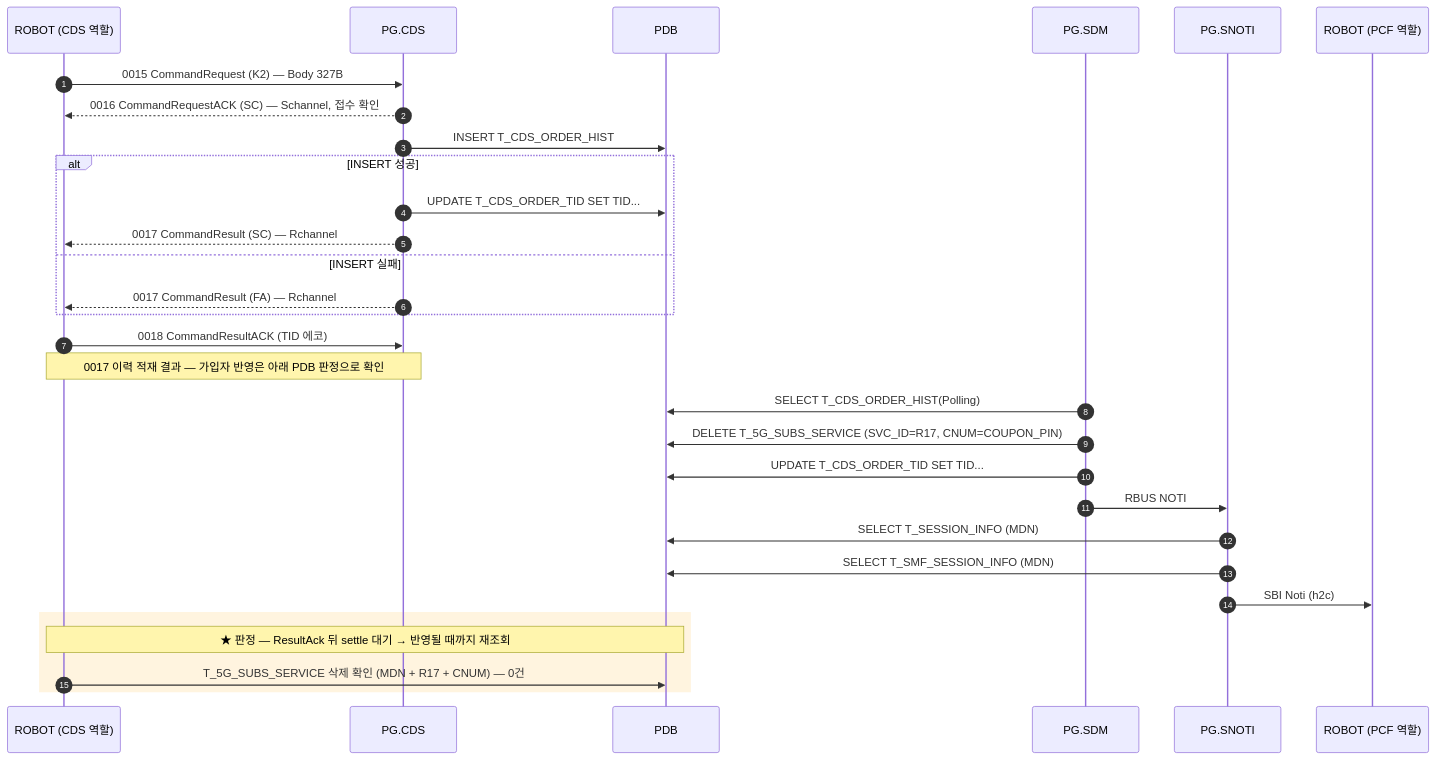
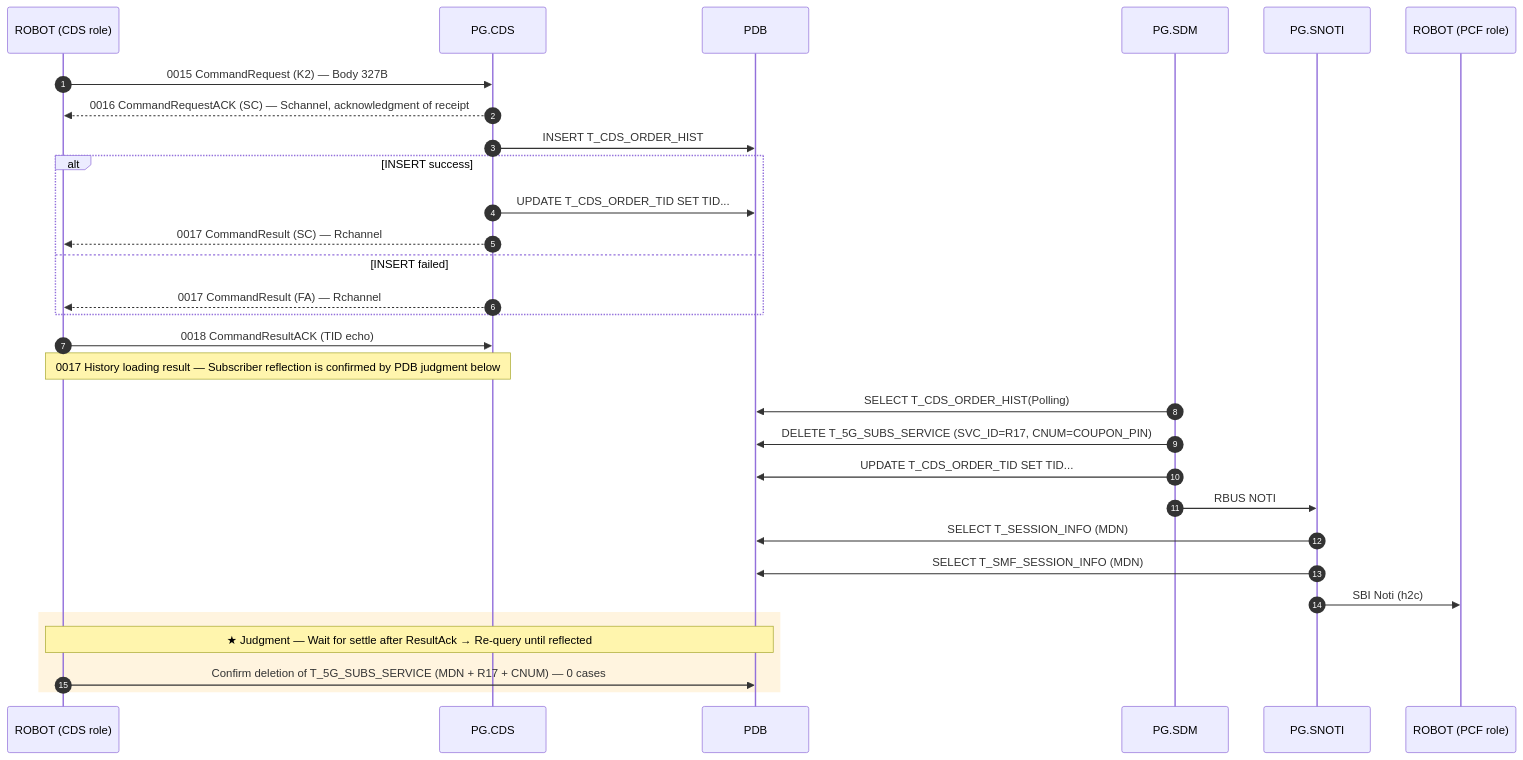
The ninth of 11 diagrams in docs/callflow/cds_callflow.md (IanKim2030/tc4robot), drawn with Mermaid before and after one commit. The commit also changed other lines of this file and 83 other files, not shown here.

````diff
--- a/docs/callflow/cds_callflow.md
+++ b/docs/callflow/cds_callflow.md
@@ -907,34 +907,34 @@
 ```mermaid
 sequenceDiagram
     autonumber
-    participant TOOL as ROBOT (CDS 역할)
+    participant TOOL as ROBOT (CDS role)
     participant PCDS as PG.CDS
     participant PDB as PDB
     participant SDM as PG.SDM
     participant SNOTI as PG.SNOTI
-    participant PCF as ROBOT (PCF 역할)
+    participant PCF as ROBOT (PCF role)
 
     TOOL->>PCDS: 0015 CommandRequest (K2) — Body 327B
-    PCDS-->>TOOL: 0016 CommandRequestACK (SC) — Schannel, 접수 확인
+    PCDS-->>TOOL: 0016 CommandRequestACK (SC) — Schannel, acknowledgment of receipt
     PCDS->>PDB: INSERT T_CDS_ORDER_HIST
-    alt INSERT 성공
+    alt INSERT success
         PCDS->>PDB: UPDATE T_CDS_ORDER_TID SET TID...
         PCDS-->>TOOL: 0017 CommandResult (SC) — Rchannel
-    else INSERT 실패
+    else INSERT failed
         PCDS-->>TOOL: 0017 CommandResult (FA) — Rchannel
     end
-    TOOL->>PCDS: 0018 CommandResultACK (TID 에코)
-    Note over TOOL,PCDS: 0017 이력 적재 결과 — 가입자 반영은 아래 PDB 판정으로 확인
+    TOOL->>PCDS: 0018 CommandResultACK (TID echo)
+    Note over TOOL,PCDS: 0017 History loading result — Subscriber reflection is confirmed by PDB judgment below
 
     SDM->>PDB: SELECT T_CDS_ORDER_HIST(Polling)
     SDM->>PDB: DELETE T_5G_SUBS_SERVICE (SVC_ID=R17, CNUM=COUPON_PIN)
     SDM->>PDB: UPDATE T_CDS_ORDER_TID SET TID...
     SDM->>SNOTI: RBUS NOTI
     SNOTI->>PDB: SELECT T_SESSION_INFO (MDN)
     SNOTI->>PDB: SELECT T_SMF_SESSION_INFO (MDN)
     SNOTI->>PCF: SBI Noti (h2c)
     rect rgba(255, 176, 32, 0.14)
-    Note over TOOL,PDB: ★ 판정 — ResultAck 뒤 settle 대기 → 반영될 때까지 재조회
-        TOOL->>PDB: T_5G_SUBS_SERVICE 삭제 확인 (MDN + R17 + CNUM) — 0건
+    Note over TOOL, PDB: ★ Judgment — Wait for settle after ResultAck → Re-query until reflected
+        TOOL->>PDB: Confirm deletion of T_5G_SUBS_SERVICE (MDN + R17 + CNUM) — 0 cases
     end
 ```
````
